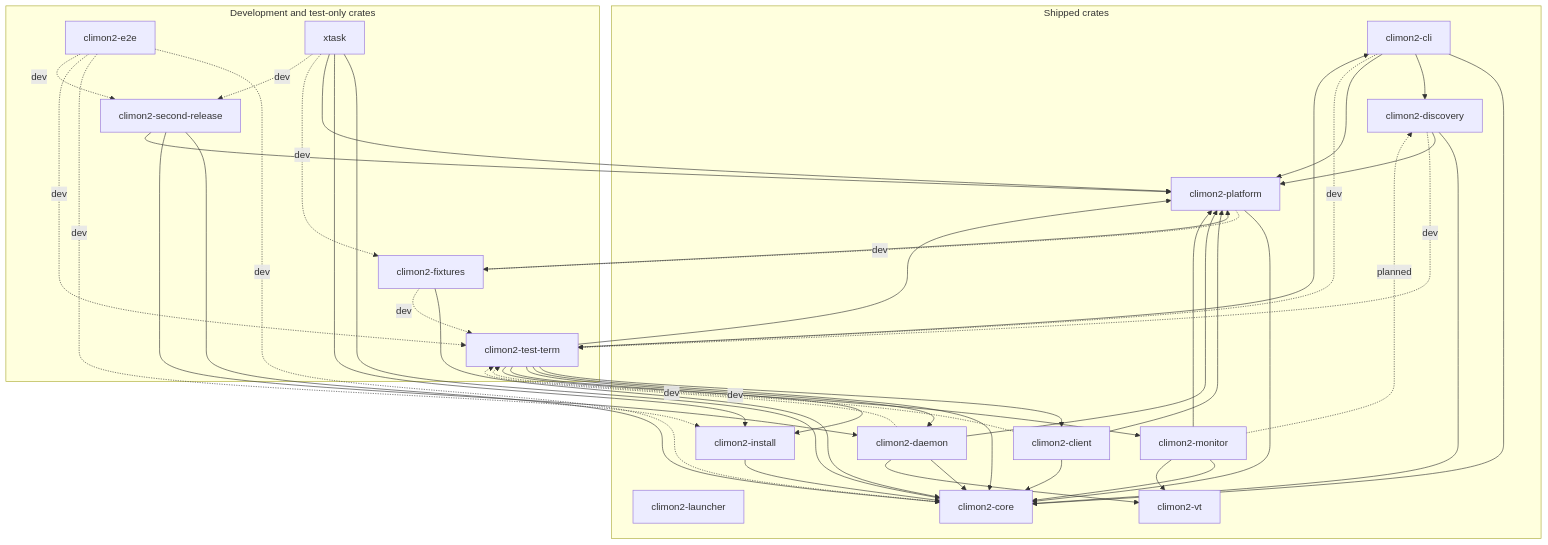
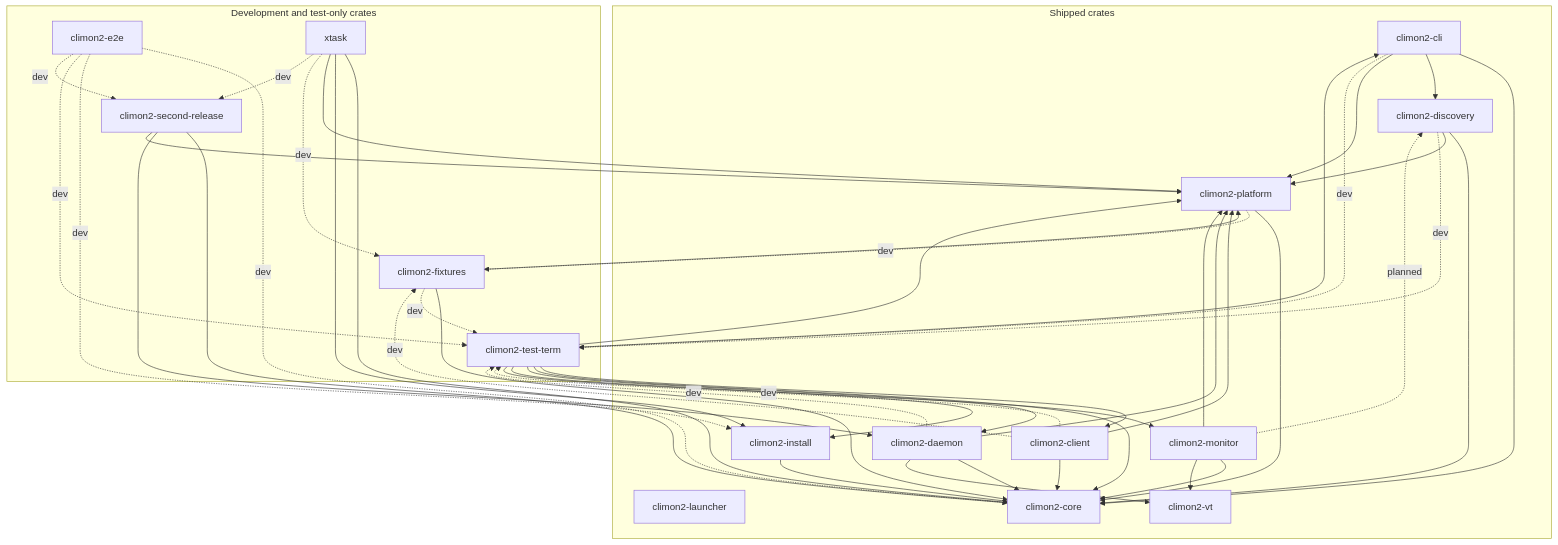
The diagram in docs/crate-relationships.md (jackgeek/climon2), drawn with Mermaid before and after one commit. The commit also changed other lines of this file and 5 other files, not shown here.

````diff
--- a/docs/crate-relationships.md
+++ b/docs/crate-relationships.md
@@ -10,69 +10,70 @@
 ```mermaid
 flowchart TB
     subgraph shipped["Shipped crates"]
         launcher["climon2-launcher"]
         cli["climon2-cli"]
         discovery["climon2-discovery"]
         client["climon2-client"]
         daemon["climon2-daemon"]
         install["climon2-install"]
         monitor["climon2-monitor"]
         platform["climon2-platform"]
         core["climon2-core"]
         vt["climon2-vt"]
 
         cli --> core
         cli --> discovery
         cli --> platform
         discovery --> core
         discovery --> platform
         client --> core
         client --> platform
         daemon --> core
         daemon --> platform
         daemon --> vt
         install --> core
         monitor --> core
         monitor --> platform
         monitor --> vt
         platform --> core
     end
 
     subgraph development["Development and test-only crates"]
         test_term["climon2-test-term"]
         e2e["climon2-e2e"]
         fixtures["climon2-fixtures"]
         xtask["xtask"]
         second["climon2-second-release"]
     end
 
     cli -.->|"dev"| test_term
     discovery -.->|"dev"| test_term
     client -.->|"dev"| test_term
     daemon -.->|"dev"| test_term
     test_term --> cli
     test_term --> client
     test_term --> core
     test_term --> daemon
     test_term --> install
     test_term --> monitor
     test_term --> platform
     e2e -.->|"dev"| core
     e2e -.->|"dev"| install
     e2e -.->|"dev"| test_term
     fixtures --> core
     fixtures --> platform
     fixtures -.->|"dev"| test_term
     platform -.->|"dev"| fixtures
+    client -.->|"dev"| fixtures
     xtask --> core
     xtask --> install
     xtask --> platform
     xtask -.->|"dev"| fixtures
     xtask -.->|"dev"| second
     e2e -.->|"dev"| second
     second --> core
     second --> daemon
     second --> platform
 
     monitor -.->|"planned"| discovery
 ```
````
